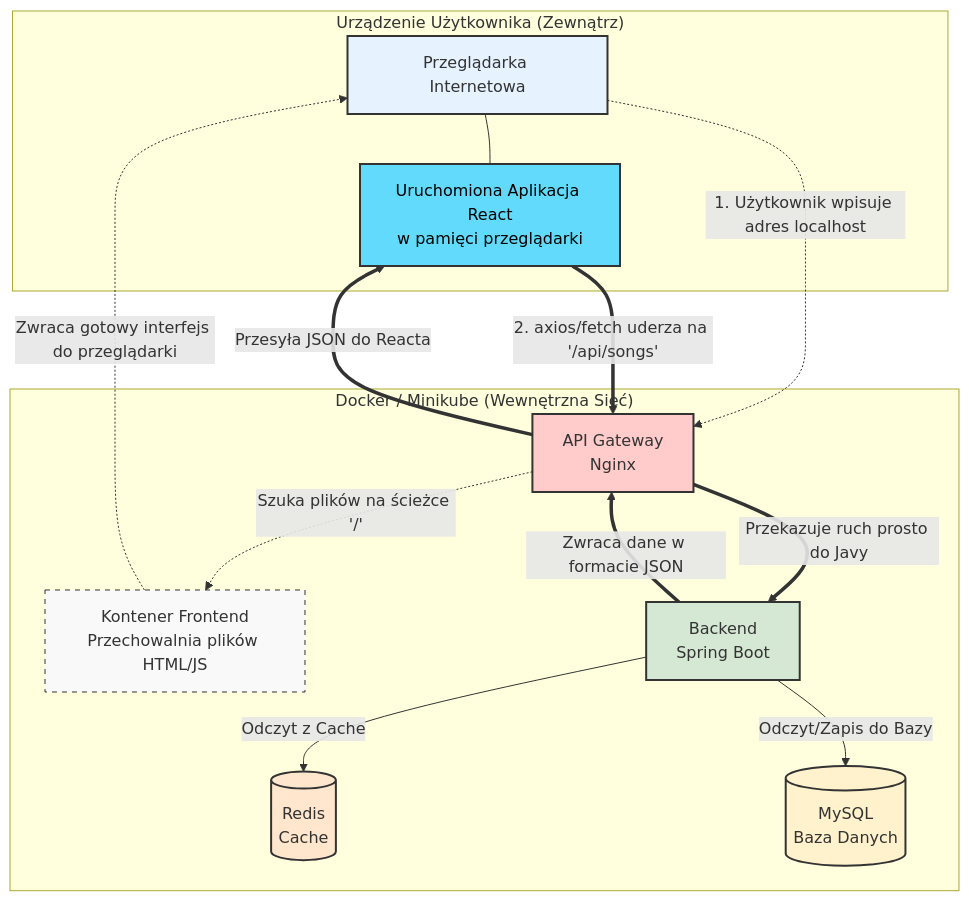
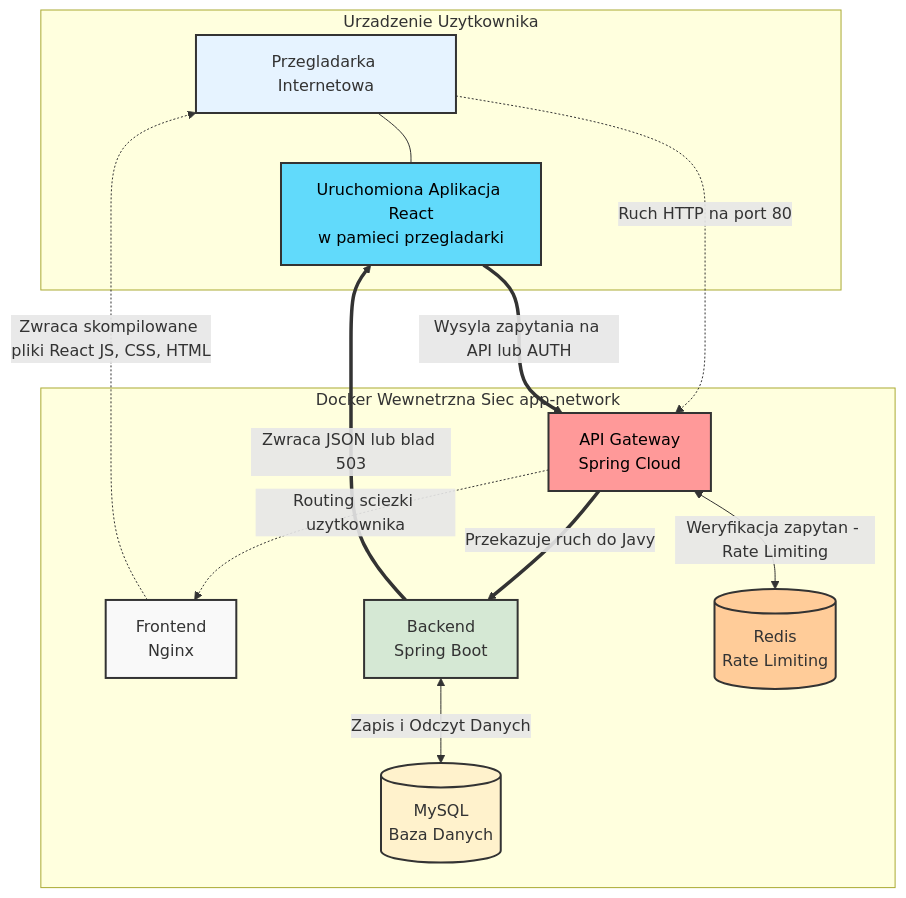
One commit to pitaodkebaba/SpringHibernate changed the diagram in README.md. Above: the diagram before and after it, drawn with Mermaid. The commit also changed other lines of this file, not shown here.

````diff
--- a/README.md
+++ b/README.md
@@ -11,42 +13,43 @@
 ```mermaid
 graph TD
     %% Sekcja Klienta
-    subgraph "Urządzenie Użytkownika (Zewnątrz)"
-        Client[Przeglądarka Internetowa]
-        ReactApp[Uruchomiona Aplikacja React<br/>w pamięci przeglądarki]
+    subgraph Zewnatrz [Urzadzenie Uzytkownika]
+        Client[Przegladarka Internetowa]
+        ReactApp[Uruchomiona Aplikacja React<br/>w pamieci przegladarki]
         Client --- ReactApp
     end
-    
-    %% Sekcja Serwera
-    subgraph "Docker / Minikube (Wewnętrzna Sieć)"
-        Nginx[API Gateway<br/>Nginx]
-        ReactContainer[Kontener Frontend<br/>Przechowalnia plików HTML/JS]
+  
+    %% Sekcja Serwera (Wewnetrzna Siec)
+    subgraph Wewnatrz [Docker Wewnetrzna Siec app-network]
+        Gateway[API Gateway<br/>Spring Cloud]
+        Frontend[Frontend<br/>Nginx]
         Backend[Backend<br/>Spring Boot]
-        Redis[(Redis<br/>Cache)]
+        Redis[(Redis<br/>Rate Limiting)]
         MySQL[(MySQL<br/>Baza Danych)]
     end
 
-    %% PRZEPŁYW 1: POBIERANIE STRONY
-    Client -.->|1. Użytkownik wpisuje adres localhost| Nginx
-    Nginx -.->|Szuka plików na ścieżce '/'| ReactContainer
-    ReactContainer -.->|Zwraca gotowy interfejs do przeglądarki| Client
+    %% Punkt wejscia
+    Client -.->|Ruch HTTP na port 80| Gateway
 
-    %% PRZEPŁYW 2: KOMUNIKACJA Z API (To o co pytałeś)
-    ReactApp ==>|2. axios/fetch uderza na '/api/songs'| Nginx
-    Nginx ==>|Przekazuje ruch prosto do Javy| Backend
-    Backend ==>|Zwraca dane w formacie JSON| Nginx
-    Nginx ==>|Przesyła JSON do Reacta| ReactApp
+    %% PRZEPLYW 1: POBIERANIE STRONY
+    Gateway -.->|Routing sciezki uzytkownika| Frontend
+    Frontend -.->|Zwraca skompilowane pliki React JS, CSS, HTML| Client
+
+    %% PRZEPLYW 2: KOMUNIKACJA Z API I LOGOWANIEM
+    ReactApp ==>|Wysyla zapytania na API lub AUTH| Gateway
+    Gateway <-->|Weryfikacja zapytan - Rate Limiting| Redis
+    Gateway ==>|Przekazuje ruch do Javy| Backend
+    Backend ==>|Zwraca JSON lub blad 503| ReactApp
 
     %% Backend Logika
-    Backend -->|Odczyt z Cache| Redis
-    Backend -->|Odczyt/Zapis do Bazy| MySQL
+    Backend <-->|Zapis i Odczyt Danych| MySQL
 
-    %% Kolory
+    %% Kolory i style
     style Client fill:#e6f3ff,stroke:#333,stroke-width:2px
     style ReactApp fill:#61dafb,stroke:#333,stroke-width:2px,color:#000
-    style Nginx fill:#ffcccb,stroke:#333,stroke-width:2px
-    style ReactContainer fill:#f9f9f9,stroke:#333,stroke-dasharray: 5 5
+    style Gateway fill:#ff9999,stroke:#333,stroke-width:2px,color:#000
+    style Frontend fill:#f9f9f9,stroke:#333,stroke-width:2px
     style Backend fill:#d5e8d4,stroke:#333,stroke-width:2px
-    style Redis fill:#ffe6cc,stroke:#333,stroke-width:2px
+    style Redis fill:#ffcc99,stroke:#333,stroke-width:2px
     style MySQL fill:#fff2cc,stroke:#333,stroke-width:2px
 ```
````
